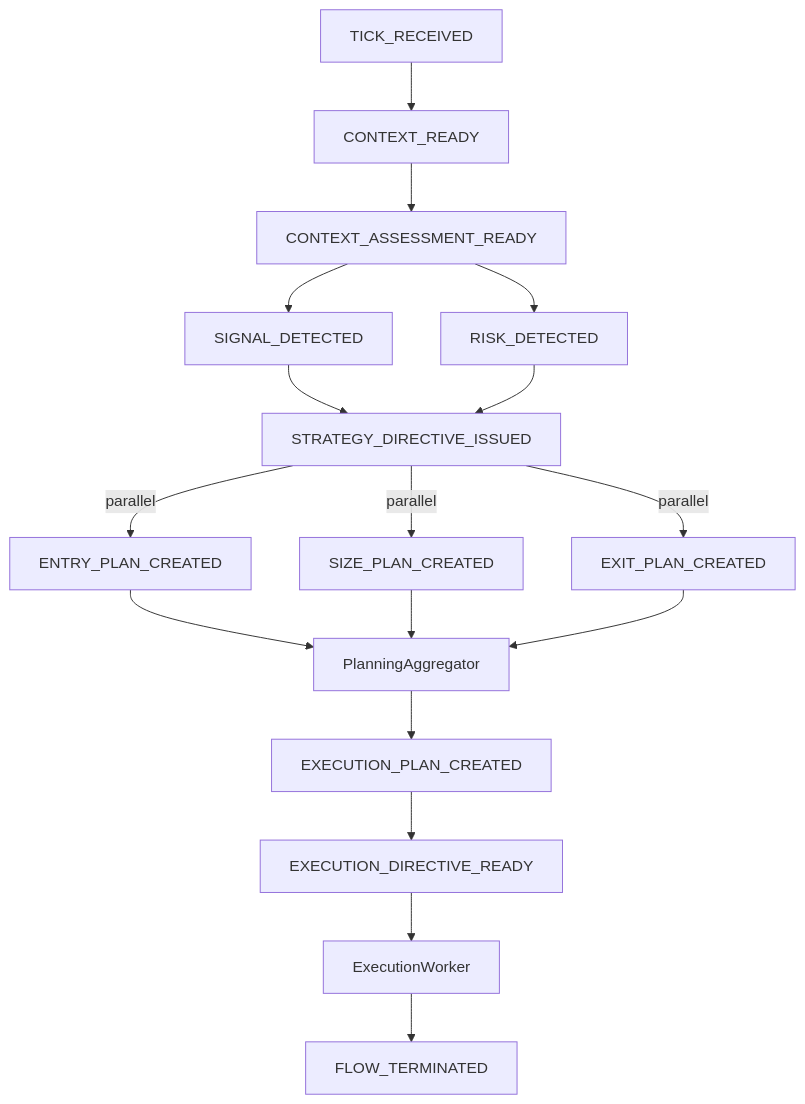
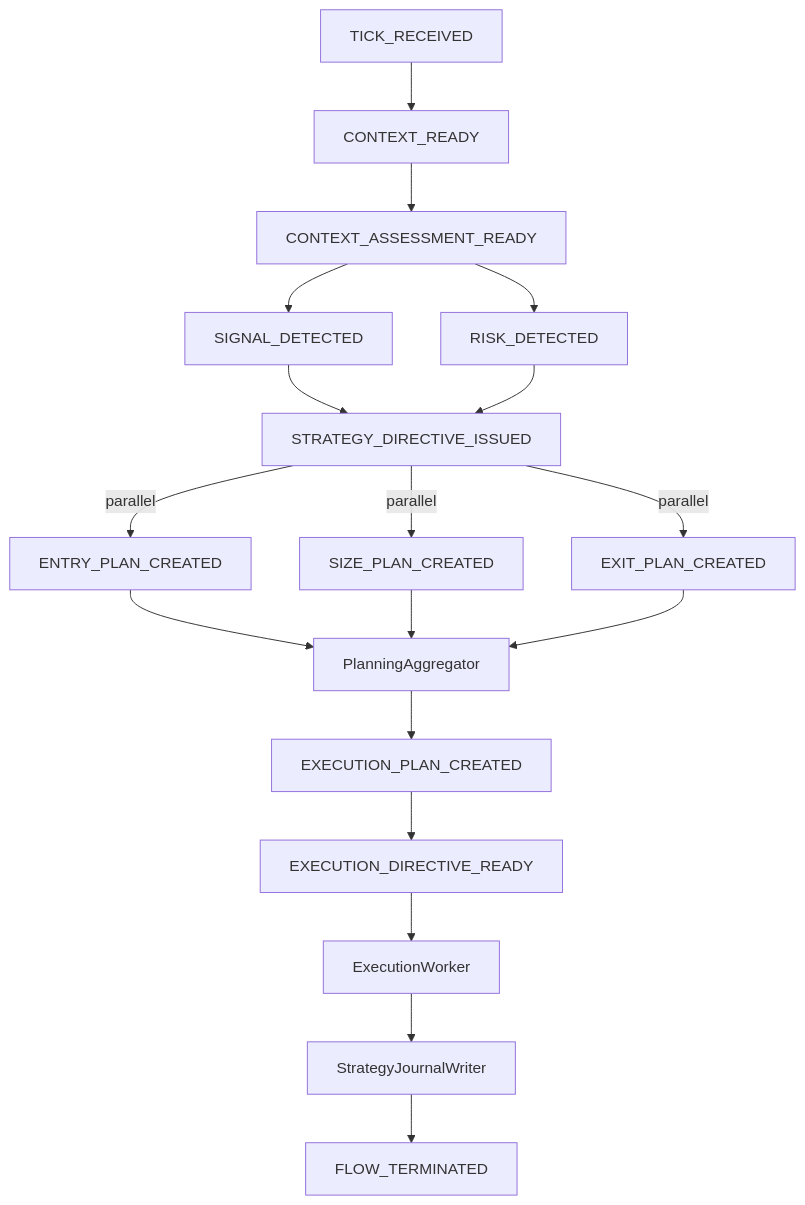
The second of 2 diagrams in docs/architecture/PIPELINE_FLOW.md (MikeyVK/S1mpleTraderV3), drawn with Mermaid before and after one commit. The commit also changed other lines of this file and 1 other file, not shown here.

First line of the commit message:
docs(architecture): fix PIPELINE_FLOW gaps + add TRIGGER_ARCHITECTURE.md

````diff
--- a/docs/architecture/PIPELINE_FLOW.md
+++ b/docs/architecture/PIPELINE_FLOW.md
@@ -501,26 +527,27 @@
 ```mermaid
 graph TD
     TR[TICK_RECEIVED] --> CR[CONTEXT_READY]
     CR --> CAR[CONTEXT_ASSESSMENT_READY]
     
     CAR --> SD[SIGNAL_DETECTED]
     CAR --> RD[RISK_DETECTED]
     
     SD --> SDI[STRATEGY_DIRECTIVE_ISSUED]
     RD --> SDI
     
     SDI -->|parallel| EPC[ENTRY_PLAN_CREATED]
     SDI -->|parallel| SPC[SIZE_PLAN_CREATED]
     SDI -->|parallel| XPC[EXIT_PLAN_CREATED]
     
     EPC --> PA[PlanningAggregator]
     SPC --> PA
     XPC --> PA
     
     PA --> EPL[EXECUTION_PLAN_CREATED]
     
     EPL --> EDR[EXECUTION_DIRECTIVE_READY]
     
     EDR --> EW[ExecutionWorker]
-    EW --> FS[FLOW_TERMINATED]
+    EW --> SJW[StrategyJournalWriter]
+    SJW --> FS[FLOW_TERMINATED]
 ```
````
